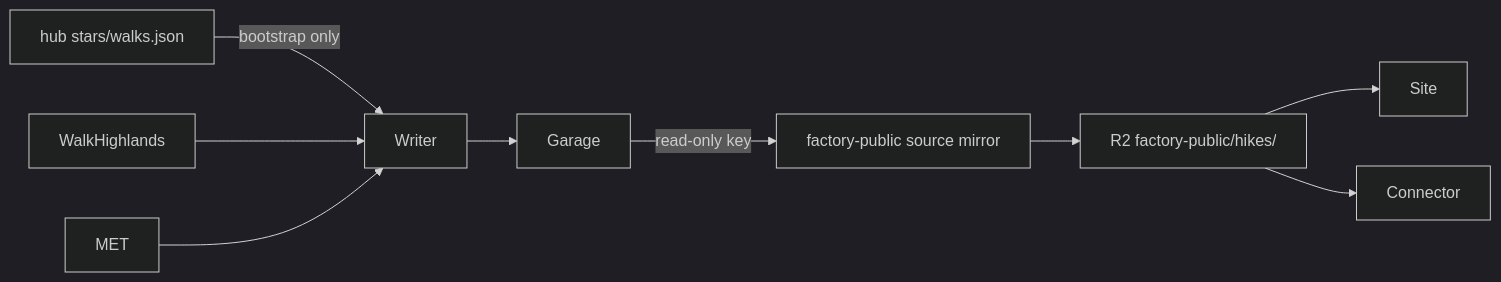
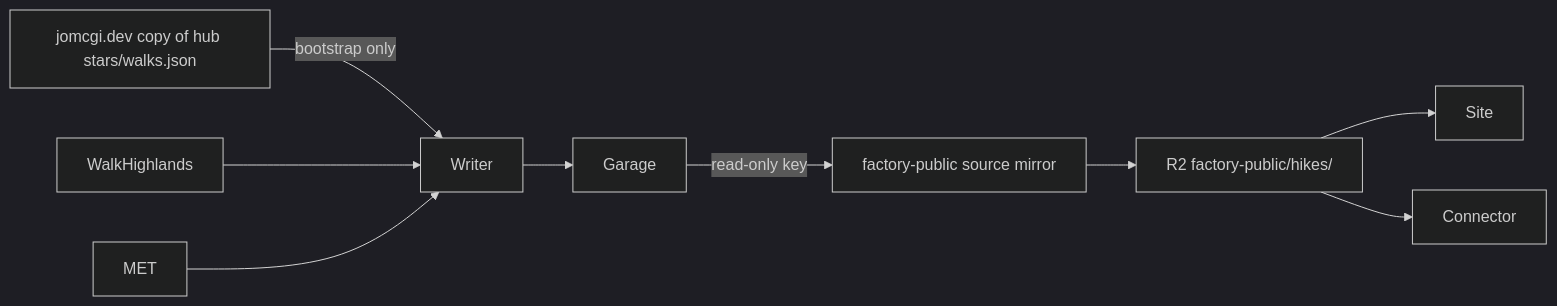
Before and after one commit to jomcgi-org/homelab: the diagram in projects/hikes/ARCHITECTURE.md, drawn with Mermaid (dark theme). The commit also changed other lines of this file and 7 other files, not shown here.

First line of the commit message:
fix(hikes): seed the bootstrap from the public site copy

````diff
--- a/projects/hikes/ARCHITECTURE.md
+++ b/projects/hikes/ARCHITECTURE.md
@@ -7,10 +7,10 @@
 ```mermaid
 flowchart LR
-  Hub[hub stars/walks.json] -- bootstrap only --> Writer
+  Copy[jomcgi.dev copy of hub stars/walks.json] -- bootstrap only --> Writer
   WalkHighlands --> Writer
   MET --> Writer
   Writer --> Garage
   Garage -- read-only key --> Mirror[factory-public source mirror] --> R2[R2 factory-public/hikes/]
   R2 --> Site
   R2 --> Connector
 ```
````
